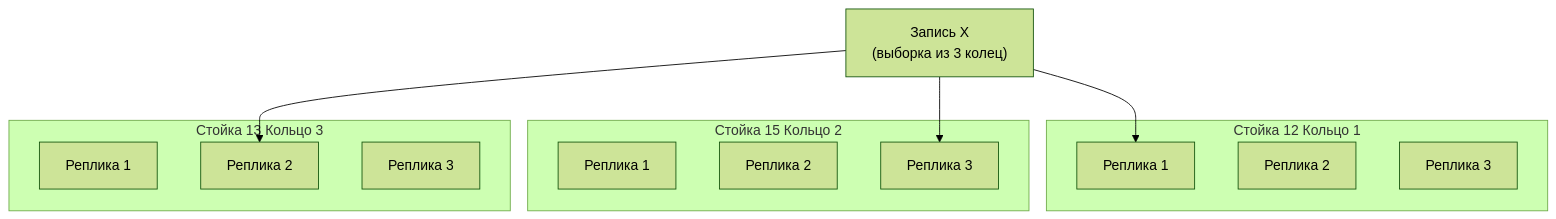
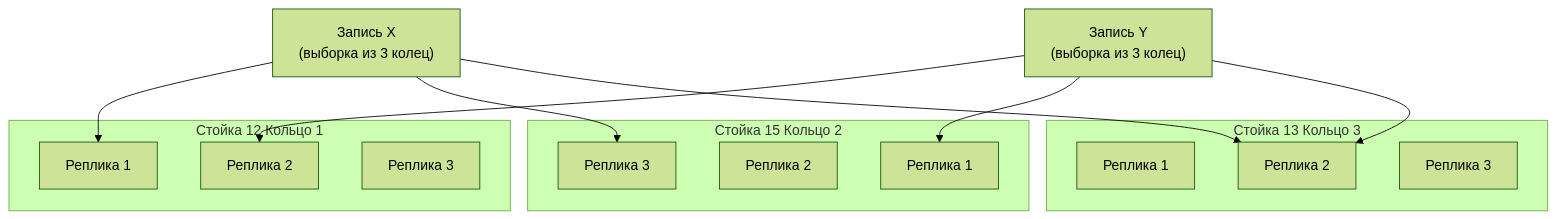
One commit to ydb-platform/ydb changed the second of 3 diagrams in ydb/docs/ru/core/concepts/metadata-distribution.md. Above: the diagram before and after it, drawn with Mermaid (forest theme).

````diff
--- a/ydb/docs/ru/core/concepts/metadata-distribution.md
+++ b/ydb/docs/ru/core/concepts/metadata-distribution.md
@@ -69,22 +69,26 @@
 ```mermaid
 graph TD
     subgraph "Стойка 12 Кольцо 1"
         R1A["Реплика 1"]
         R1B["Реплика 2"]
         R1C["Реплика 3"]
     end
     subgraph "Стойка 15 Кольцо 2"
         R2A["Реплика 1"]
         R2B["Реплика 2"]
         R2C["Реплика 3"]
     end
     subgraph "Стойка 13 Кольцо 3"
         R3A["Реплика 1"]
         R3B["Реплика 2"]
         R3C["Реплика 3"]
     end
-    Record["Запись X\n(выборка из 3 колец)"]
-    Record --> R1A
-    Record --> R2C
-    Record --> R3B
+    Record1["Запись X\n(выборка из 3 колец)"]
+    Record2["Запись Y\n(выборка из 3 колец)"]
+    Record1 --> R1A
+    Record1 --> R2C
+    Record1 --> R3B
+    Record2 --> R1B
+    Record2 --> R2A
+    Record2 --> R3B
 ```
````
